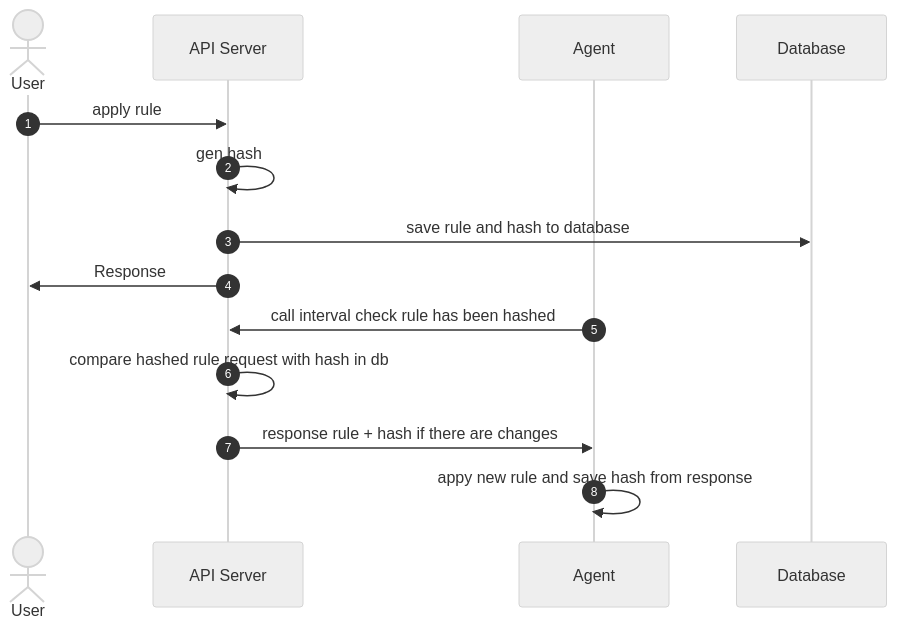
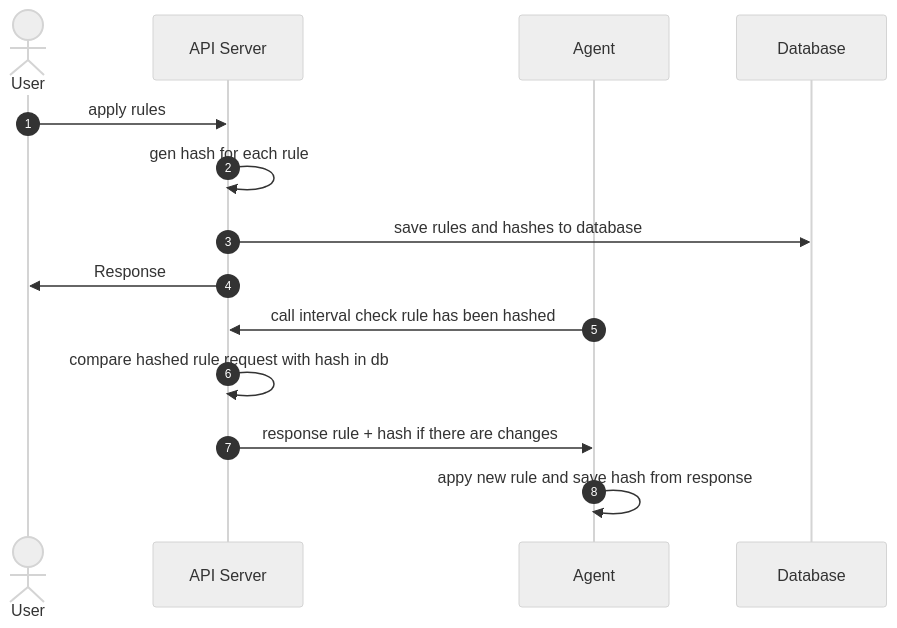
One commit to bamboo-firewall/docs changed the first of 4 diagrams in case-studies/policy/usecase.md. Above: the diagram before and after it, drawn with Mermaid (neutral theme). The commit also changed other lines of this file, not shown here.

Commit message:
PAAS-1283-flow-apply-rule

```````diff
--- a/case-studies/policy/usecase.md
+++ b/case-studies/policy/usecase.md
@@ -5,16 +5,16 @@
 ``````mermaid
 sequenceDiagram
 autonumber
 actor U as User
 participant APIS as API Server
 participant Agent as Agent
 participant DB as Database
-U ->> APIS: apply rule
-APIS ->> APIS: gen hash
-APIS ->> DB: save rule and hash to database
+U ->> APIS: apply rules
+APIS ->> APIS: gen hash for each rule
+APIS ->> DB: save rules and hashes to database
 APIS ->> U: Response
 Agent ->> APIS: call interval check rule has been hashed
 APIS ->> APIS: compare hashed rule request with hash in db
 APIS ->> Agent: response rule + hash if there are changes
 Agent ->> Agent: appy new rule and save hash from response
 ``````
```````
